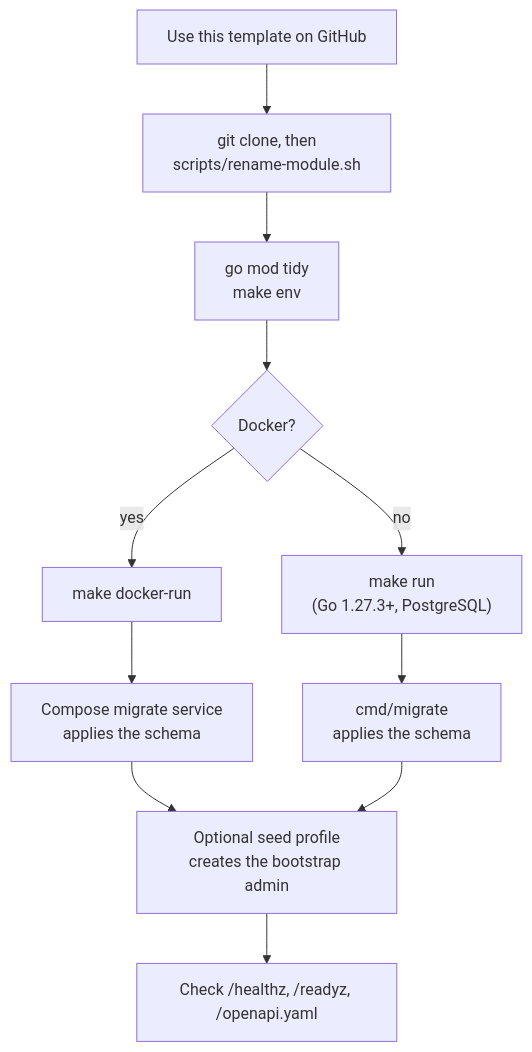
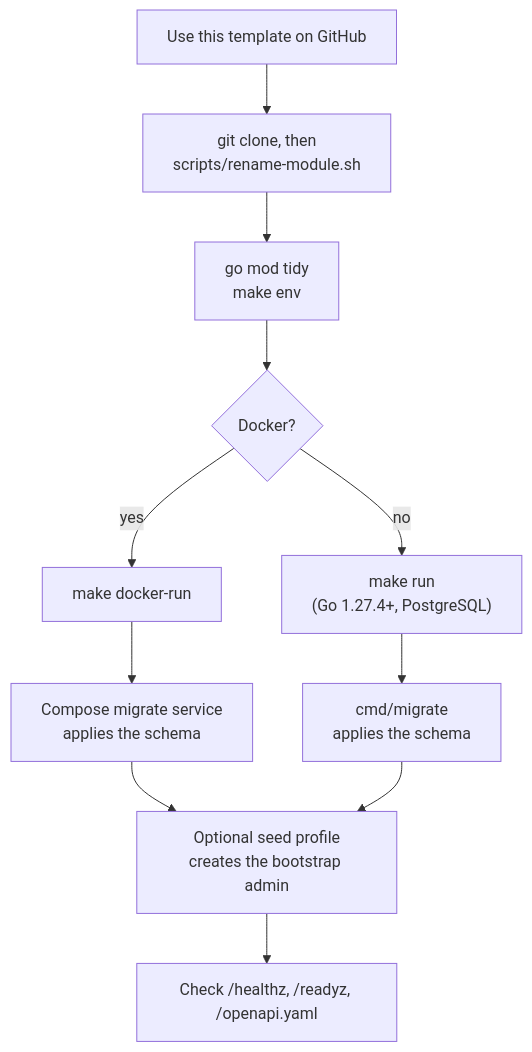
The second of 2 diagrams in README.md (chuanghiduoc/fiber-golang-boilerplate), drawn with Mermaid before and after one commit. The commit also changed other lines of this file and 2 other files, not shown here.

````diff
--- a/README.md
+++ b/README.md
@@ -94,13 +94,13 @@
 ```mermaid
 flowchart TD
     A["Use this template on GitHub"] --> B["git clone, then<br/>scripts/rename-module.sh"]
     B --> C["go mod tidy<br/>make env"]
     C --> D{Docker?}
     D -->|yes| E["make docker-run"]
-    D -->|no| F["make run<br/>(Go 1.27.3+, PostgreSQL)"]
+    D -->|no| F["make run<br/>(Go 1.27.4+, PostgreSQL)"]
     E --> G["Compose migrate service<br/>applies the schema"]
     F --> H["cmd/migrate<br/>applies the schema"]
     G --> I["Optional seed profile<br/>creates the bootstrap admin"]
     H --> I
     I --> J["Check /healthz, /readyz, /openapi.yaml"]
 ```
````
